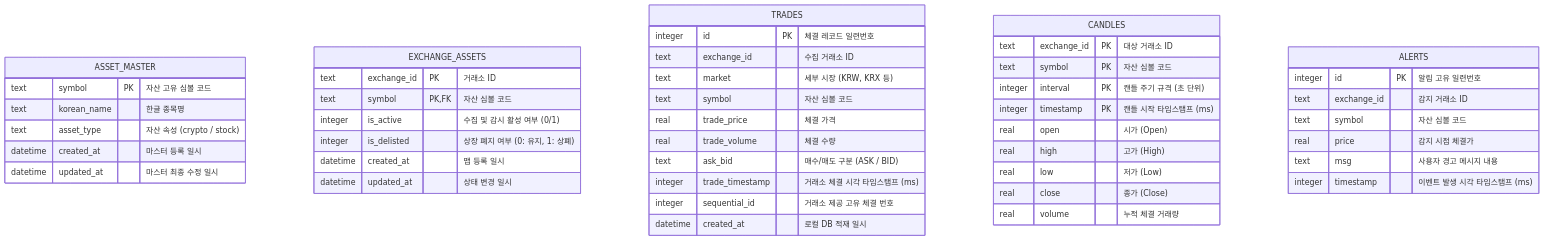
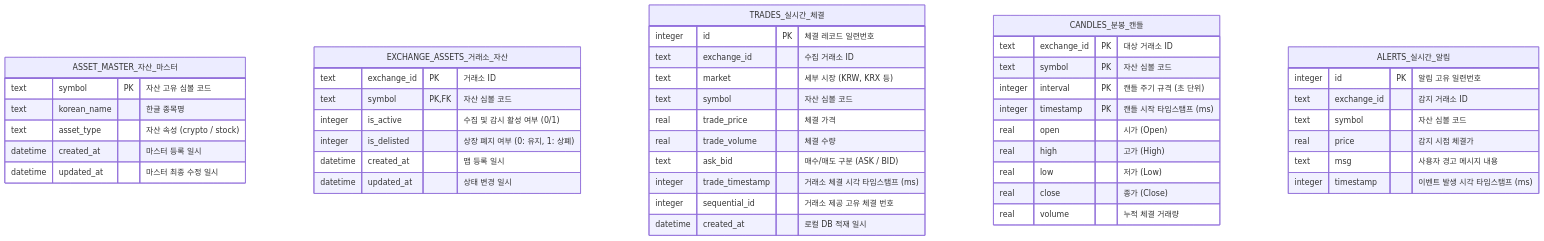
One commit to yslsoft-ui/ATS changed the third of 5 diagrams in docs/erd-specification.md. Above: the diagram before and after it, drawn with Mermaid. The commit also changed other lines of this file, not shown here.

Commit message:
docs: ERD 명세서 내 Mermaid 다이어그램에 한글 논리명 식별자 병기

````diff
--- a/docs/erd-specification.md
+++ b/docs/erd-specification.md
@@ -158,53 +158,53 @@
 ```mermaid
 erDiagram
-    ASSET_MASTER {
+    ASSET_MASTER_자산_마스터 {
         text symbol PK "자산 고유 심볼 코드"
         text korean_name "한글 종목명"
         text asset_type "자산 속성 (crypto / stock)"
         datetime created_at "마스터 등록 일시"
         datetime updated_at "마스터 최종 수정 일시"
     }
 
-    EXCHANGE_ASSETS {
+    EXCHANGE_ASSETS_거래소_자산 {
         text exchange_id PK "거래소 ID"
         text symbol PK, FK "자산 심볼 코드"
         integer is_active "수집 및 감시 활성 여부 (0/1)"
         integer is_delisted "상장 폐지 여부 (0: 유지, 1: 상폐)"
         datetime created_at "맵 등록 일시"
         datetime updated_at "상태 변경 일시"
     }
 
-    TRADES {
+    TRADES_실시간_체결 {
         integer id PK "체결 레코드 일련번호"
         text exchange_id "수집 거래소 ID"
         text market "세부 시장 (KRW, KRX 등)"
         text symbol "자산 심볼 코드"
         real trade_price "체결 가격"
         real trade_volume "체결 수량"
         text ask_bid "매수/매도 구분 (ASK / BID)"
         integer trade_timestamp "거래소 체결 시각 타임스탬프 (ms)"
         integer sequential_id "거래소 제공 고유 체결 번호"
         datetime created_at "로컬 DB 적재 일시"
     }
 
-    CANDLES {
+    CANDLES_분봉_캔들 {
         text exchange_id PK "대상 거래소 ID"
         text symbol PK "자산 심볼 코드"
         integer interval PK "캔들 주기 규격 (초 단위)"
         integer timestamp PK "캔들 시작 타임스탬프 (ms)"
         real open "시가 (Open)"
         real high "고가 (High)"
         real low "저가 (Low)"
         real close "종가 (Close)"
         real volume "누적 체결 거래량"
     }
 
-    ALERTS {
+    ALERTS_실시간_알림 {
         integer id PK "알림 고유 일련번호"
         text exchange_id "감지 거래소 ID"
         text symbol "자산 심볼 코드"
         real price "감지 시점 체결가"
         text msg "사용자 경고 메시지 내용"
         integer timestamp "이벤트 발생 시각 타임스탬프 (ms)"
     }
 ```
````
